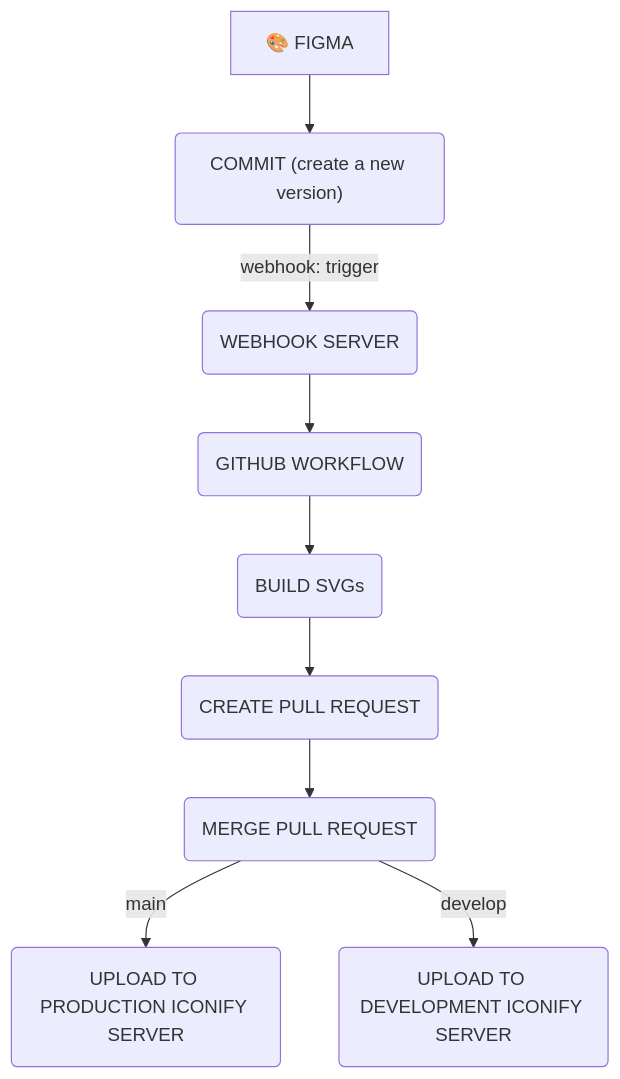
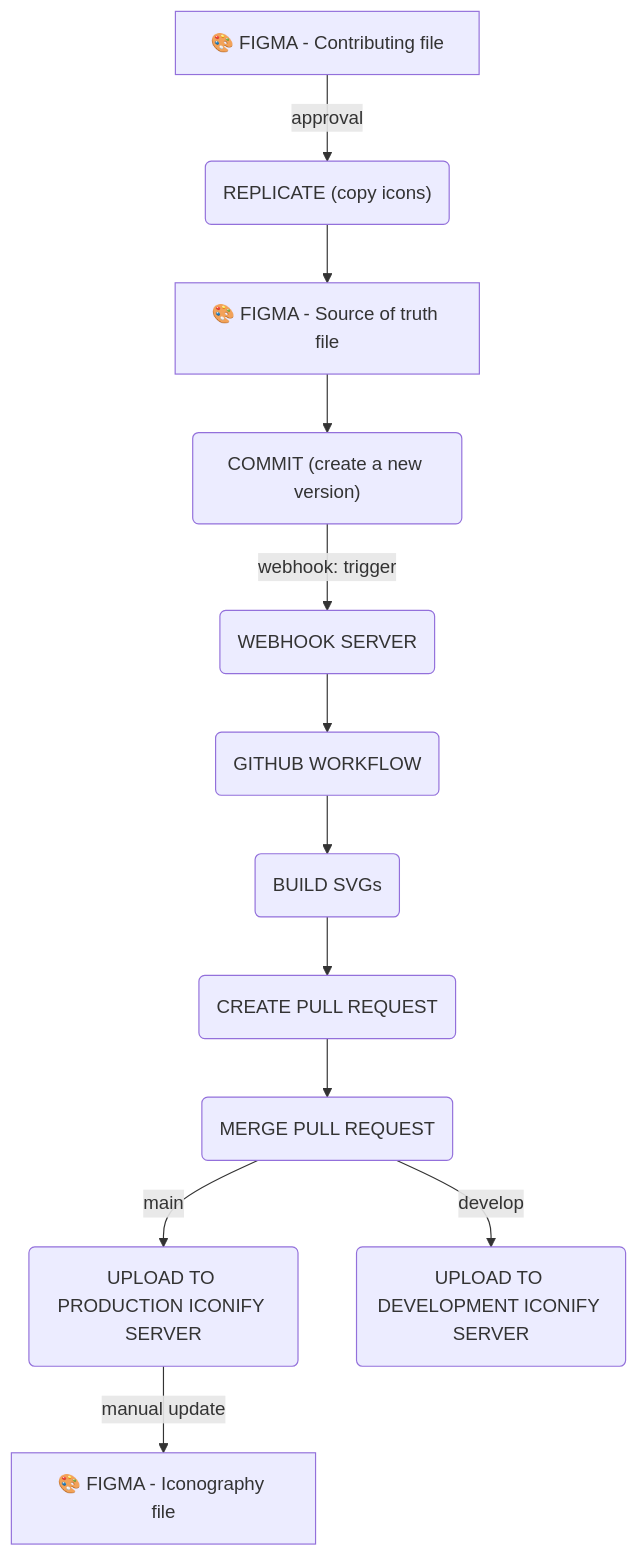
The diagram in packages/assets/images/svg/README.md (Infomaniak/design-system), drawn with Mermaid before and after one commit. The commit also changed other lines of this file, not shown here.

````diff
--- a/packages/assets/images/svg/README.md
+++ b/packages/assets/images/svg/README.md
@@ -110,22 +79,27 @@
 ```mermaid
 flowchart TD
-  FIGMA["🎨 FIGMA"]
+  FIGMA_CONTRIBUTING["🎨 FIGMA - Contributing file"]
+  REPLICATE("REPLICATE (copy icons)")
+  FIGMA_SOURCE_OF_TRUTH["🎨 FIGMA - Source of truth file"]
   COMMIT("COMMIT (create a new version)")
   WEBHOOK_SERVER("WEBHOOK SERVER")
   GITHUB_WORKFLOW("GITHUB WORKFLOW")
   BUILD_SVGS("BUILD SVGs")
   CREATE_PR("CREATE PULL REQUEST")
   MERGE_PR("MERGE PULL REQUEST")
   UPLOAD_PROD("UPLOAD TO PRODUCTION ICONIFY SERVER")
   UPLOAD_DEVELOP("UPLOAD TO DEVELOPMENT ICONIFY SERVER")
+  FIGMA_ICONOGRAPHY_GUIDELINE["🎨 FIGMA - Iconography file"]
 
-
-  FIGMA --> COMMIT
+  FIGMA_CONTRIBUTING -- "approval" --> REPLICATE
+  REPLICATE --> FIGMA_SOURCE_OF_TRUTH
+  FIGMA_SOURCE_OF_TRUTH --> COMMIT
   COMMIT -- "webhook: trigger" --> WEBHOOK_SERVER
   WEBHOOK_SERVER --> GITHUB_WORKFLOW
   GITHUB_WORKFLOW --> BUILD_SVGS
   BUILD_SVGS --> CREATE_PR
   CREATE_PR --> MERGE_PR
   MERGE_PR -- "main" --> UPLOAD_PROD
   MERGE_PR -- "develop" --> UPLOAD_DEVELOP
+  UPLOAD_PROD -- "manual update" --> FIGMA_ICONOGRAPHY_GUIDELINE
 ```
````
